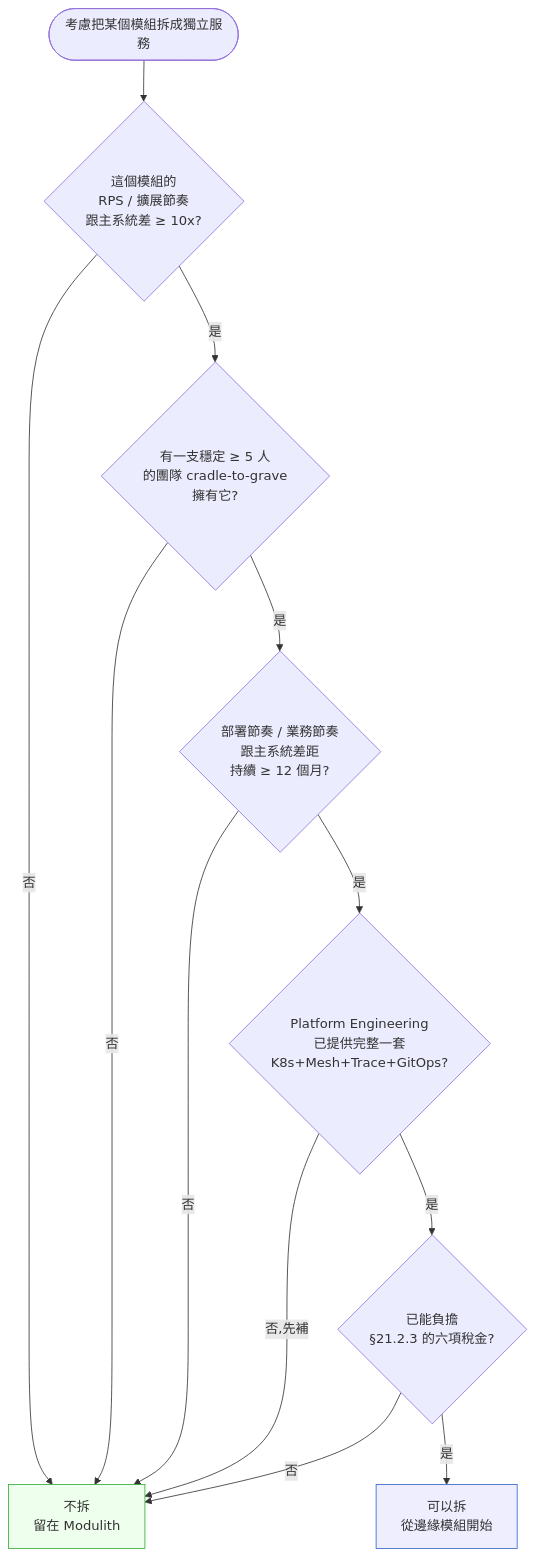
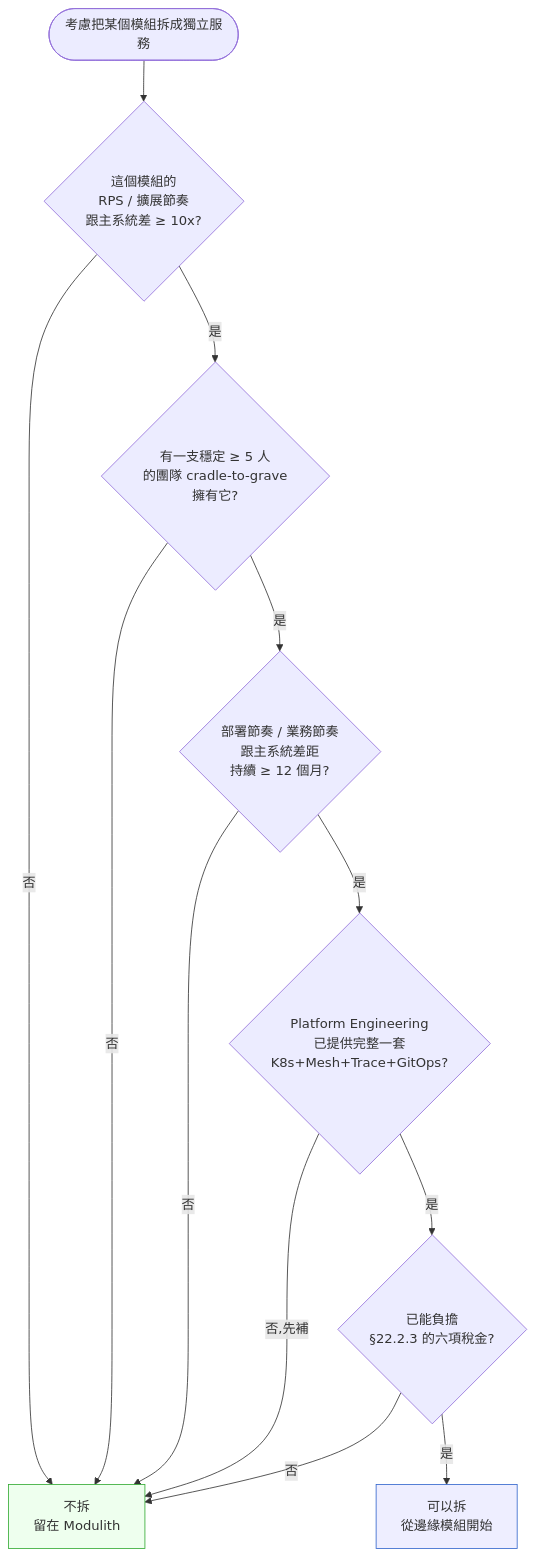
One commit to EddyKuo/sa-sd-playbook changed the second of 2 diagrams in book/part-04-architecture/ch-22-microservices.md. Above: the diagram before and after it, drawn with Mermaid. The commit also changed other lines of this file and 33 other files, not shown here.

````diff
--- a/book/part-04-architecture/ch-22-microservices.md
+++ b/book/part-04-architecture/ch-22-microservices.md
@@ -149,18 +149,18 @@
 ```mermaid
 flowchart TD
     Start([考慮把某個模組拆成獨立服務]) --> Q1{"這個模組的<br/>RPS / 擴展節奏<br/>跟主系統差 ≥ 10x?"}
     Q1 -->|否| Stay[不拆<br/>留在 Modulith]:::goal
     Q1 -->|是| Q2{有一支穩定 ≥ 5 人<br/>的團隊 cradle-to-grave<br/>擁有它?}
     Q2 -->|否| Stay
     Q2 -->|是| Q3{"部署節奏 / 業務節奏<br/>跟主系統差距<br/>持續 ≥ 12 個月?"}
     Q3 -->|否| Stay
     Q3 -->|是| Q4{Platform Engineering<br/>已提供完整一套<br/>K8s+Mesh+Trace+GitOps?}
     Q4 -->|否,先補| Stay
-    Q4 -->|是| Q5{已能負擔<br/>§21.2.3 的六項稅金?}
+    Q4 -->|是| Q5{已能負擔<br/>§22.2.3 的六項稅金?}
     Q5 -->|否| Stay
     Q5 -->|是| Split[可以拆<br/>從邊緣模組開始]:::cold
 
     classDef cold fill:#eef,stroke:#36c
     classDef goal fill:#efe,stroke:#3a3
     classDef hot fill:#fee,stroke:#c33
 ```
````
